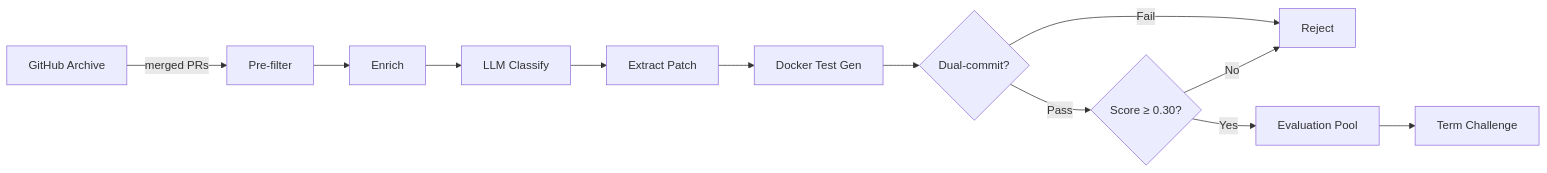
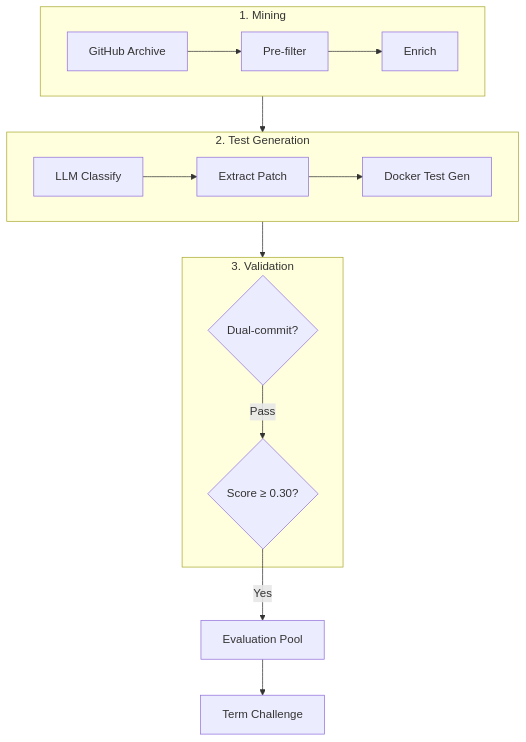
Before and after one commit to PlatformNetwork/roadmap: diagram 11 of 18 in README.md, drawn with Mermaid.

Commit message:
fix: reformat swe-forge mermaid to vertical layout with subgraphs for readability

````diff
--- a/README.md
+++ b/README.md
@@ -296,14 +296,23 @@
 ```mermaid
-flowchart LR
-    GH["GitHub Archive"] -->|merged PRs| Filter["Pre-filter"]
-    Filter --> Enrich["Enrich"]
-    Enrich --> Classify["LLM Classify"]
-    Classify --> Patch["Extract Patch"]
-    Patch --> Docker["Docker Test Gen"]
-    Docker --> Dual{"Dual-commit?"}
-    Dual -->|Fail| Reject["Reject"]
-    Dual -->|Pass| Quality{"Score ≥ 0.30?"}
-    Quality -->|No| Reject
+flowchart TB
+    subgraph Mining["1. Mining"]
+        GH["GitHub Archive"] --> Filter["Pre-filter"]
+        Filter --> Enrich["Enrich"]
+    end
+
+    subgraph Generation["2. Test Generation"]
+        Classify["LLM Classify"] --> Patch["Extract Patch"]
+        Patch --> Docker["Docker Test Gen"]
+    end
+
+    subgraph Validation["3. Validation"]
+        Dual{"Dual-commit?"}
+        Quality{"Score ≥ 0.30?"}
+        Dual -->|Pass| Quality
+    end
+
+    Mining --> Generation
+    Generation --> Validation
     Quality -->|Yes| Pool["Evaluation Pool"]
     Pool --> Term["Term Challenge"]
 ```
````
